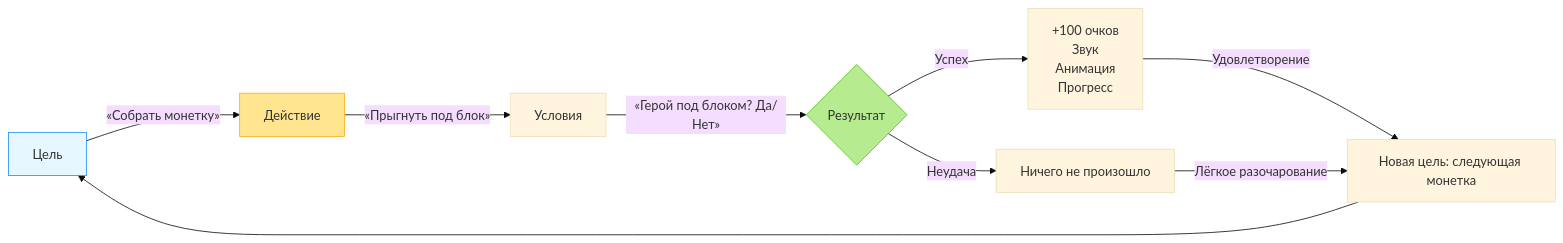
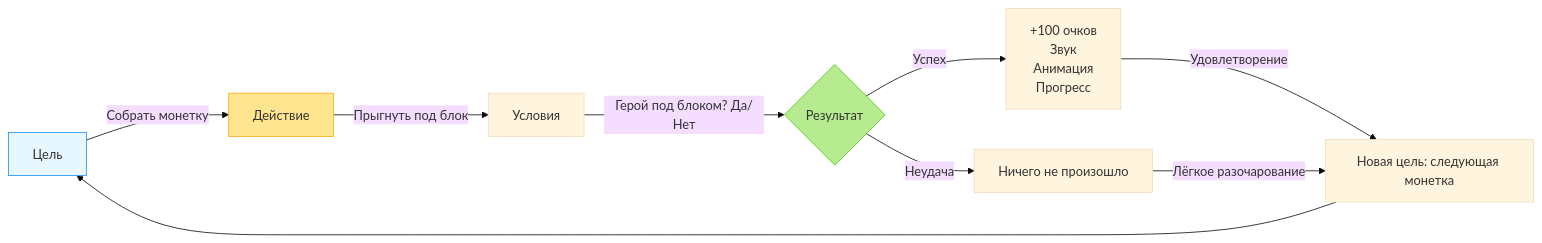
The second of 2 diagrams in docs/encyclopedia/9-spinoff/9-11-dlya-detey/2-video-games/1.md (Spirzen/it-knowledge-base), drawn with Mermaid (base theme) before and after one commit. The commit also changed other lines of this file and 2003 other files, not shown here.

````diff
--- a/docs/encyclopedia/9-spinoff/9-11-dlya-detey/2-video-games/1.md
+++ b/docs/encyclopedia/9-spinoff/9-11-dlya-detey/2-video-games/1.md
@@ -535,14 +535,14 @@
 ```mermaid
 flowchart LR
-    A[Цель] -->|«Собрать монетку»| B[Действие]
-    B -->|«Прыгнуть под блок»| C[Условия]
-    C -->|«Герой под блоком? Да/Нет»| D{Результат}
+    A[Цель] -->|"Собрать монетку"| B[Действие]
+    B -->|"Прыгнуть под блок"| C[Условия]
+    C -->|"Герой под блоком? Да/Нет"| D{Результат}
     D -->|Успех| E[+100 очков\nЗвук\nАнимация\nПрогресс]
     D -->|Неудача| F[Ничего не произошло]
     E -->|Удовлетворение| G[Новая цель: следующая монетка]
     F -->|Лёгкое разочарование| G
     G --> A
     style A fill:#e6f7ff,stroke:#1890ff
     style B fill:#ffe58f,stroke:#faad14
     style D fill:#b7eb8f,stroke:#52c41a
 ```
````
